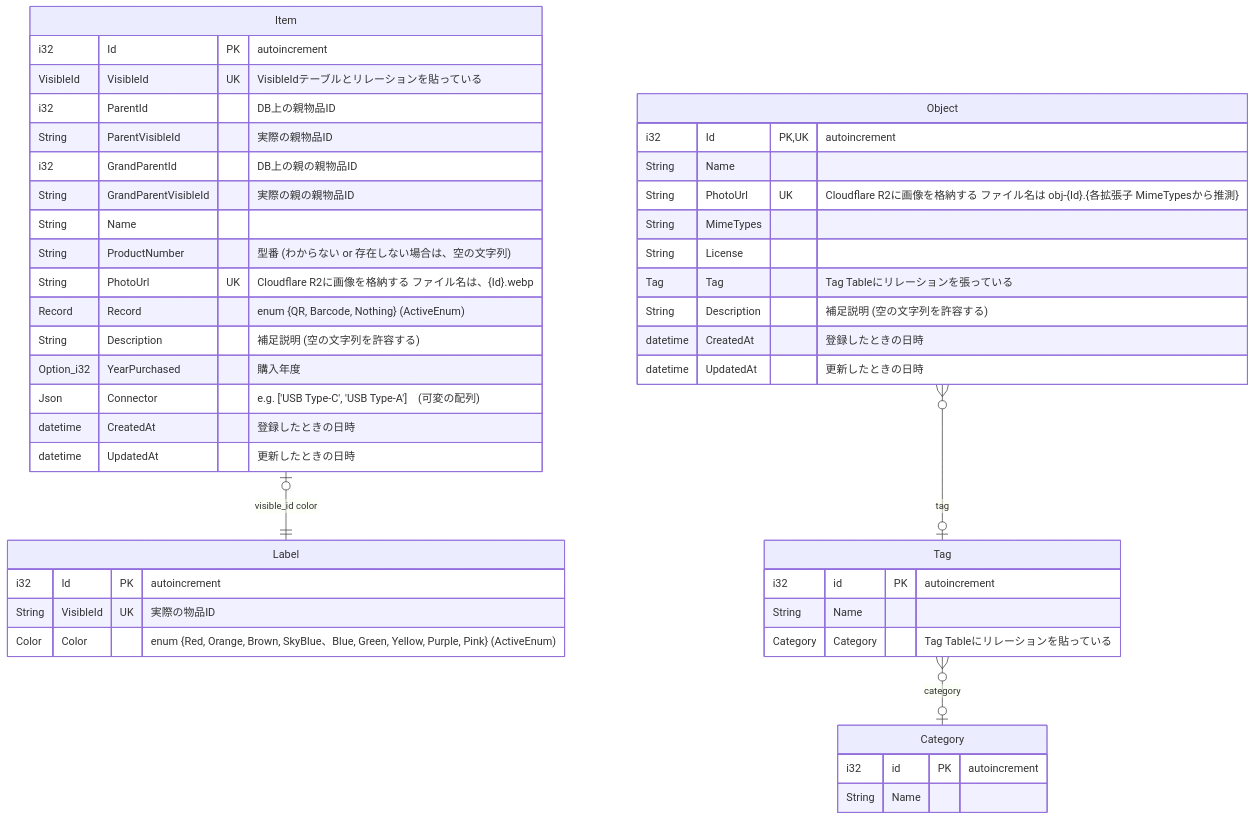
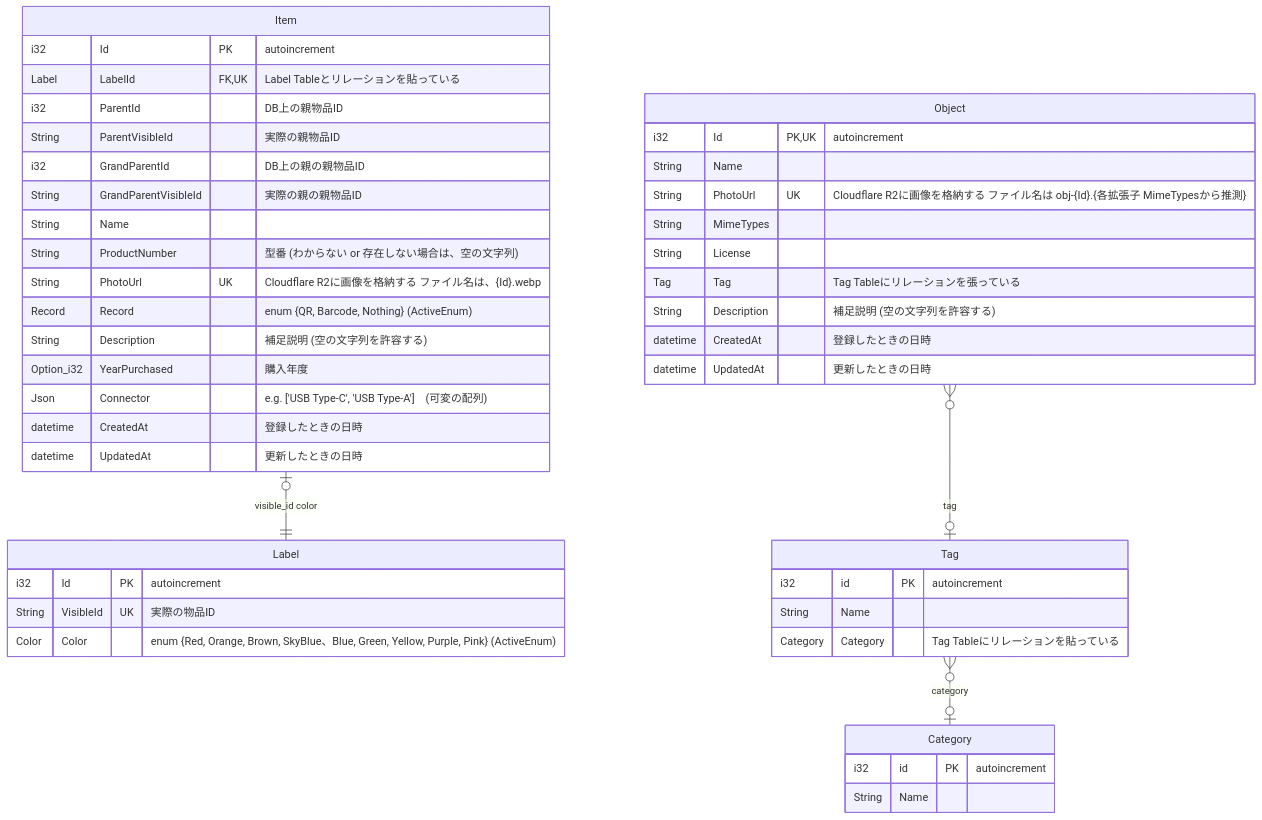
Before and after one commit to Myxogastria0808/DashiShoyu: the first of 2 diagrams in README.md, drawn with Mermaid. The commit also changed other lines of this file, not shown here.

````diff
--- a/README.md
+++ b/README.md
@@ -190,49 +190,49 @@
 ```mermaid
 erDiagram
     Item |o--|| Label : "visible_id color"
     Item {
         i32 Id PK "autoincrement"
-        VisibleId VisibleId UK "VisibleIdテーブルとリレーションを貼っている"
+        Label LabelId FK, UK "Label Tableとリレーションを貼っている"
         i32 ParentId "DB上の親物品ID"
         String ParentVisibleId "実際の親物品ID"
         i32 GrandParentId "DB上の親の親物品ID"
         String GrandParentVisibleId "実際の親の親物品ID"
         String Name
         String ProductNumber "型番 (わからない or 存在しない場合は、空の文字列)"
         String PhotoUrl UK "Cloudflare R2に画像を格納する ファイル名は、{Id}.webp"
         Record Record "enum {QR, Barcode, Nothing} (ActiveEnum)"
         String Description　"補足説明 (空の文字列を許容する)"
         Option_i32 YearPurchased "購入年度"
         Json Connector　"e.g. ['USB Type-C', 'USB Type-A']　(可変の配列)"
         datetime CreatedAt "登録したときの日時"
         datetime UpdatedAt "更新したときの日時"
     }
     Label {
         i32 Id PK "autoincrement"
         String VisibleId UK "実際の物品ID"
         Color Color "enum {Red, Orange, Brown, SkyBlue、Blue, Green, Yellow, Purple, Pink} (ActiveEnum)"
     }
 
     Object }o--o| Tag : tag
     Tag }o--o| Category : category
     Object {
         i32 Id PK, UK "autoincrement"
         String Name
         String PhotoUrl UK "Cloudflare R2に画像を格納する ファイル名は obj-{Id}.{各拡張子 MimeTypesから推測}"
         String MimeTypes
         String License
         Tag Tag "Tag Tableにリレーションを張っている"
         String Description "補足説明 (空の文字列を許容する)"
         datetime CreatedAt "登録したときの日時"
         datetime UpdatedAt "更新したときの日時"
     }
     Tag {
         i32 id PK "autoincrement"
         String Name
         Category Category "Tag Tableにリレーションを貼っている"
     }
     Category {
         i32 id PK "autoincrement"
         String Name
     }
 ```
````
